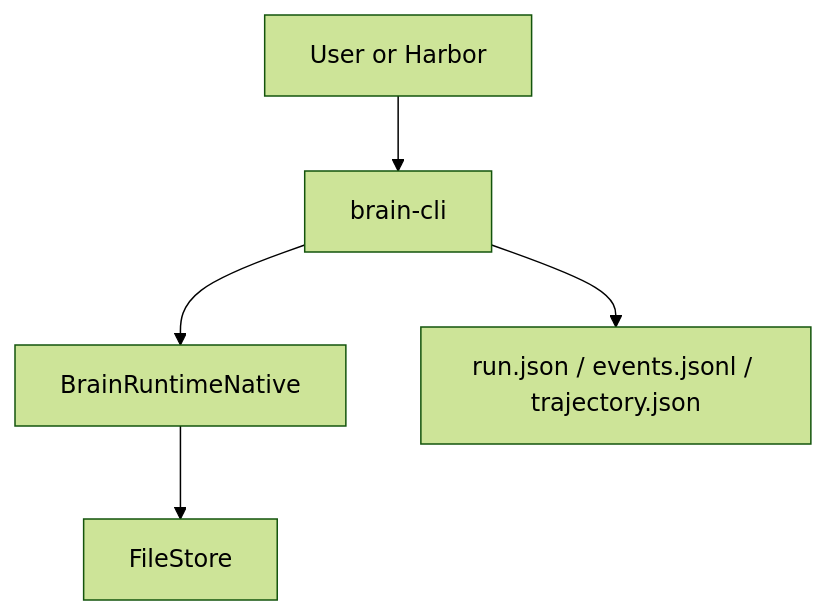
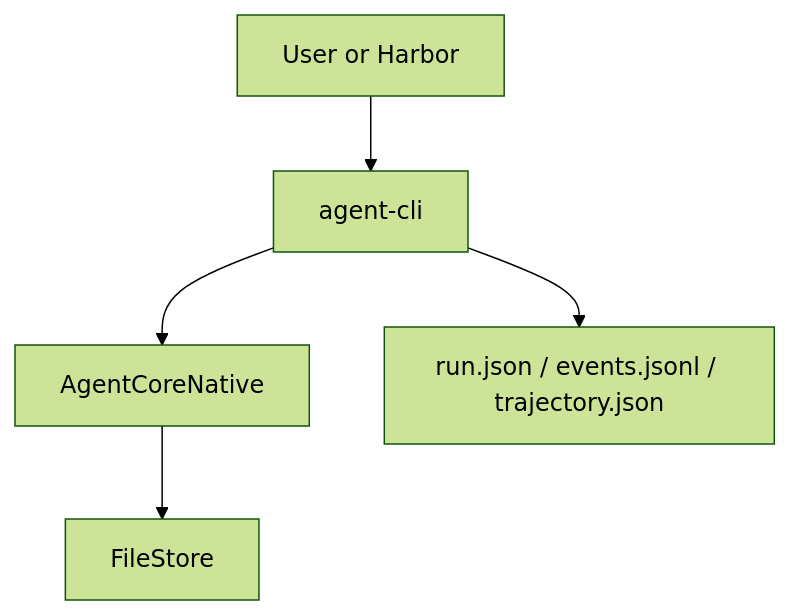
The diagram in docs/architecture/cli.md (leto-labs/leto), drawn with Mermaid (forest theme) before and after one commit. The commit also changed other lines of this file and 160 other files, not shown here.

````diff
--- a/docs/architecture/cli.md
+++ b/docs/architecture/cli.md
@@ -36,13 +37,13 @@
 ```mermaid
 flowchart TD
     User[User or Harbor]
-    CLI[brain-cli]
-    Runtime[BrainRuntimeNative]
+    CLI[agent-cli]
+    Core[AgentCoreNative]
     Store[FileStore]
     Artifacts[run.json / events.jsonl / trajectory.json]
 
     User --> CLI
-    CLI --> Runtime
-    Runtime --> Store
+    CLI --> Core
+    Core --> Store
     CLI --> Artifacts
 ```
````
